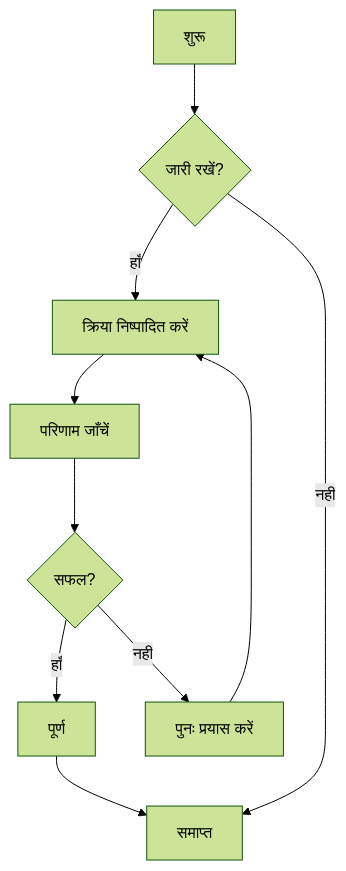
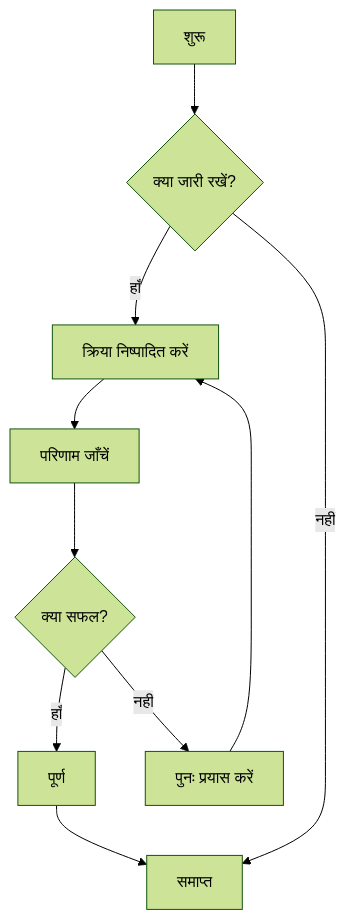
Before and after one commit to zccz14/CZON: the first of 7 diagrams in .czon/src/hi-IN/8938d6aac9c056c06137a041b8e82379bfb619bb6d435b9ecec515337dd0cd69.md, drawn with Mermaid (forest theme). The commit also changed other lines of this file and 148 other files, not shown here.

````diff
--- a/.czon/src/hi-IN/8938d6aac9c056c06137a041b8e82379bfb619bb6d435b9ecec515337dd0cd69.md
+++ b/.czon/src/hi-IN/8938d6aac9c056c06137a041b8e82379bfb619bb6d435b9ecec515337dd0cd69.md
@@ -23,12 +22,12 @@
 ```mermaid
 graph TD
-    A[शुरू] --> B{जारी रखें?}
+    A[शुरू] --> B{क्या जारी रखें?}
     B -->|हाँ| C[क्रिया निष्पादित करें]
     B -->|नहीं| D[समाप्त]
     C --> E[परिणाम जाँचें]
-    E --> F{सफल?}
+    E --> F{क्या सफल?}
     F -->|हाँ| G[पूर्ण]
     F -->|नहीं| H[पुनः प्रयास करें]
     H --> C
     G --> D
 ```
````
